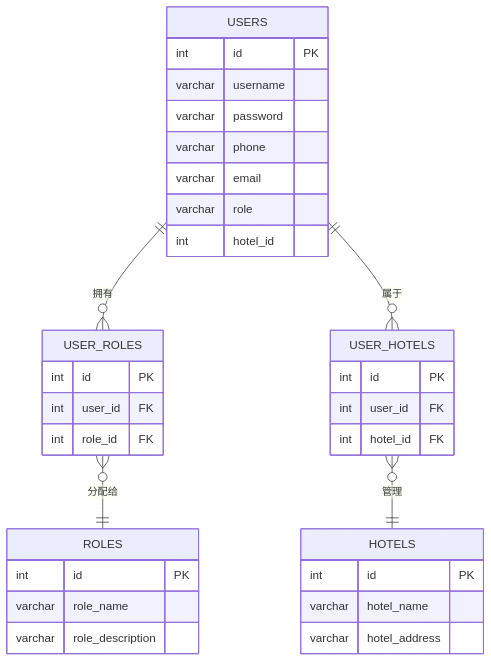
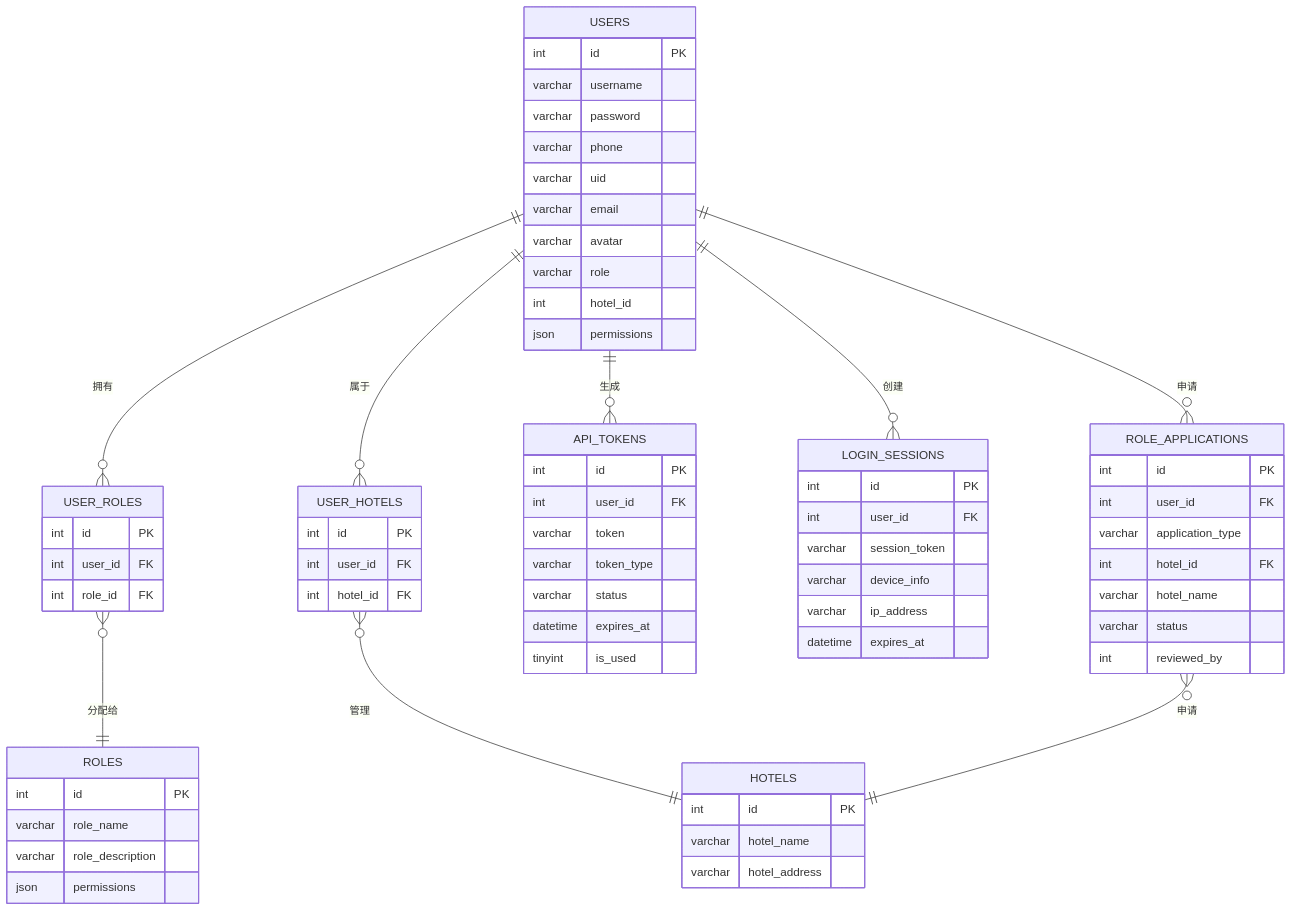
Before and after one commit to choisaaaaa/IoT_Smart_Hotel_System: the second of 19 diagrams in docs/database_er_diagram.md, drawn with Mermaid. The commit also changed other lines of this file, not shown here.

First line of the commit message:
docs(database): 更新数据库E-R图文档至v2.0.0版本

````diff
--- a/docs/database_er_diagram.md
+++ b/docs/database_er_diagram.md
@@ -60,36 +76,70 @@
 ```mermaid
 erDiagram
     USERS {
         int id PK
         varchar username
         varchar password
         varchar phone
+        varchar uid
         varchar email
+        varchar avatar
         varchar role
         int hotel_id
+        json permissions
     }
     ROLES {
         int id PK
         varchar role_name
         varchar role_description
+        json permissions
     }
     USER_ROLES {
         int id PK
         int user_id FK
         int role_id FK
     }
     USER_HOTELS {
         int id PK
         int user_id FK
         int hotel_id FK
     }
+    API_TOKENS {
+        int id PK
+        int user_id FK
+        varchar token
+        varchar token_type
+        varchar status
+        datetime expires_at
+        tinyint is_used
+    }
+    LOGIN_SESSIONS {
+        int id PK
+        int user_id FK
+        varchar session_token
+        varchar device_info
+        varchar ip_address
+        datetime expires_at
+    }
+    ROLE_APPLICATIONS {
+        int id PK
+        int user_id FK
+        varchar application_type
+        int hotel_id FK
+        varchar hotel_name
+        varchar status
+        int reviewed_by
+    }
     HOTELS {
         int id PK
         varchar hotel_name
         varchar hotel_address
     }
     USERS ||--o{ USER_ROLES : "拥有"
     USERS ||--o{ USER_HOTELS : "属于"
+    USERS ||--o{ API_TOKENS : "生成"
+    USERS ||--o{ LOGIN_SESSIONS : "创建"
+    USERS ||--o{ ROLE_APPLICATIONS : "申请"
     USER_ROLES }o--|| ROLES : "分配给"
     USER_HOTELS }o--|| HOTELS : "管理"
+    ROLE_APPLICATIONS }o--|| HOTELS : "申请"
 ```
````
